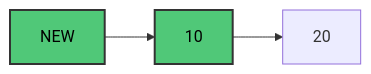
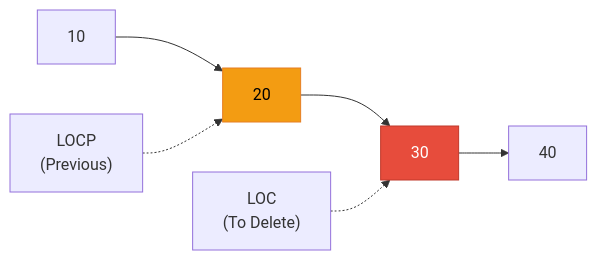
Before and after one commit to M-F-Tushar/CSE-2101-Data-Structure: diagram 20 of 27 in Chapter 5 - Linked Lists/README.md, drawn with Mermaid. The commit also changed other lines of this file, not shown here.

````diff
--- a/Chapter 5 - Linked Lists/README.md
+++ b/Chapter 5 - Linked Lists/README.md
@@ -1419,8 +816,12 @@
 ```mermaid
 graph LR
-    NEW["NEW"] --> F1["10"]
-    F1 --> N1["20"]
+    N1["10"] --> N2["20"]
+    N2 --> N3["30"]
+    N3 --> N4["40"]
     
-    style NEW fill:#50C878,stroke:#333,stroke-width:2px,color:#000
-    style F1 fill:#50C878,stroke:#333,stroke-width:2px,color:#000
+    LOCP["LOCP<br/>(Previous)"] -.-> N2
+    LOC["LOC<br/>(To Delete)"] -.-> N3
+    
+    style N3 fill:#e74c3c,stroke:#c0392b,color:#fff
+    style N2 fill:#f39c12,stroke:#e67e22,color:#000
 ```
````
